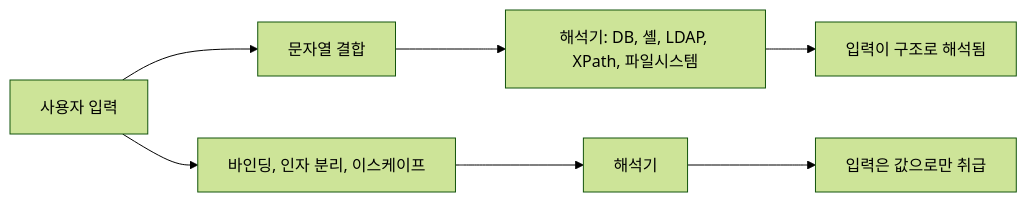
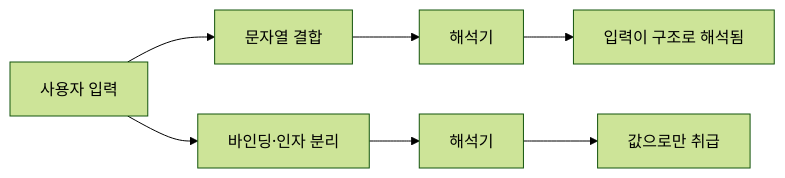
One commit to logiciris/logiciris.github.io changed the diagram in _notes/java-injection-checklist.md. Above: the diagram before and after it, drawn with Mermaid (forest theme). The commit also changed other lines of this file and 28 other files, not shown here.

Commit message:
Notes batches 1-2: qa fixes (accuracy, links, mermaid labels)

````diff
--- a/_notes/java-injection-checklist.md
+++ b/_notes/java-injection-checklist.md
@@ -20,9 +20,9 @@
 ```mermaid
 flowchart LR
     U["사용자 입력"] --> S["문자열 결합"]
-    S --> I["해석기: DB, 셸, LDAP, XPath, 파일시스템"]
+    S --> I["해석기"]
     I --> X["입력이 구조로 해석됨"]
-    U --> P["바인딩, 인자 분리, 이스케이프"]
+    U --> P["바인딩·인자 분리"]
     P --> I2["해석기"]
-    I2 --> Y["입력은 값으로만 취급"]
+    I2 --> Y["값으로만 취급"]
 ```
````
